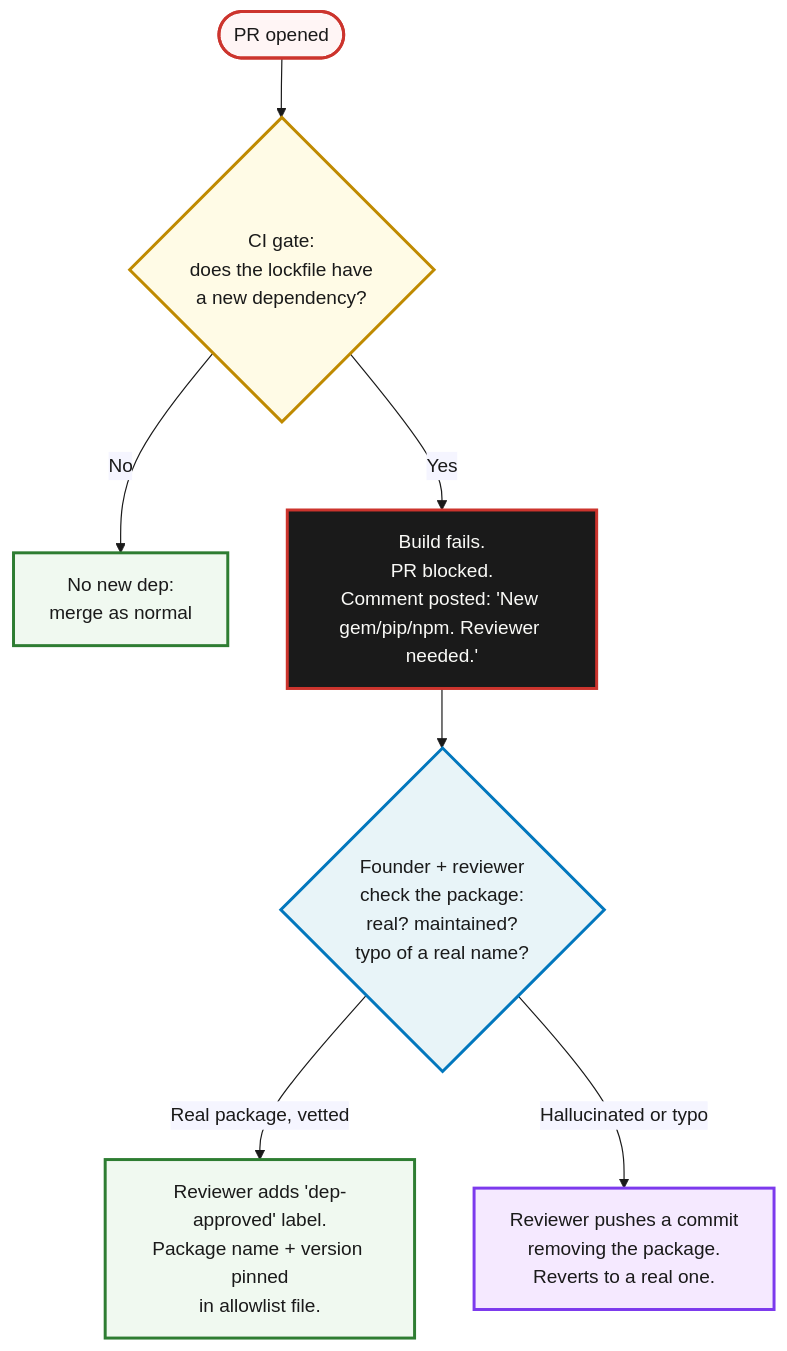
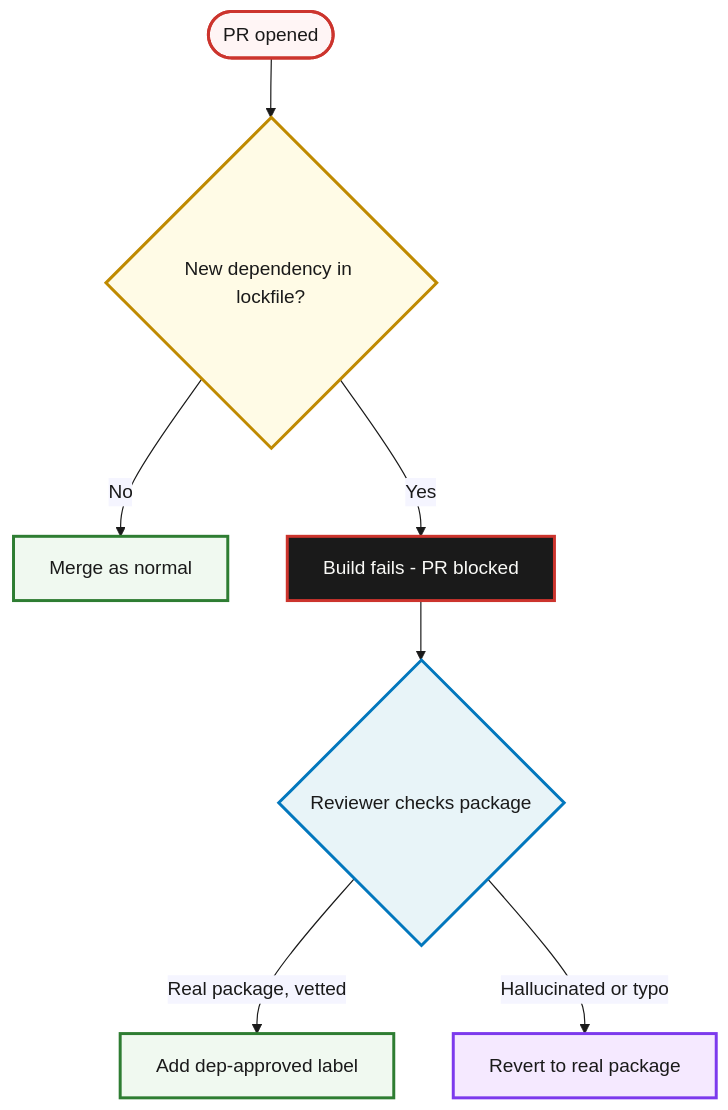
The diagram in content/blog/slopsquatting-ai-supply-chain-attack/index.md (jetthoughts/jetthoughts.github.io), drawn with Mermaid before and after one commit. The commit also changed other lines of this file and 110 other files, not shown here.

````diff
--- a/content/blog/slopsquatting-ai-supply-chain-attack/index.md
+++ b/content/blog/slopsquatting-ai-supply-chain-attack/index.md
@@ -71,33 +74,33 @@
 ```mermaid
 %%{init: {'theme':'base', 'themeVariables': {'fontFamily':'Caveat, Patrick Hand, cursive', 'primaryColor':'#fff5f5', 'primaryBorderColor':'#cc342d', 'lineColor':'#1a1a1a', 'primaryTextColor':'#1a1a1a'}}}%%
 flowchart TD
     PR(["PR opened"])
-    Gate{"CI gate:<br/>does the lockfile have<br/>a new dependency?"}
-    Pass["No new dep:<br/>merge as normal"]
-    Block["Build fails.<br/>PR blocked.<br/>Comment posted: 'New gem/pip/npm. Reviewer needed.'"]
-    Review{"Founder + reviewer<br/>check the package:<br/>real? maintained?<br/>typo of a real name?"}
-    Allowlist["Reviewer adds 'dep-approved' label.<br/>Package name + version pinned<br/>in allowlist file."]
-    Walk["Reviewer pushes a commit<br/>removing the package.<br/>Reverts to a real one."]
+    Gate{"New dependency in lockfile?"}
+    Pass["Merge as normal"]
+    Block["Build fails - PR blocked"]
+    Review{"Reviewer checks package"}
+    Allowlist["Add dep-approved label"]
+    Walk["Revert to real package"]
 
     PR --> Gate
     Gate -- "No" --> Pass
     Gate -- "Yes" --> Block
     Block --> Review
     Review -- "Real package, vetted" --> Allowlist
     Review -- "Hallucinated or typo" --> Walk
 
     classDef pr fill:#fff5f5,stroke:#cc342d,stroke-width:2.5px,color:#1a1a1a
     classDef gate fill:#fffbe6,stroke:#bf8a00,stroke-width:2.5px,color:#1a1a1a
     classDef pass fill:#f0f9f0,stroke:#2e7d32,stroke-width:2.5px,color:#1a1a1a
     classDef block fill:#1a1a1a,stroke:#cc342d,stroke-width:2.5px,color:#fafaf7
     classDef review fill:#e8f4f8,stroke:#0277bd,stroke-width:2.5px,color:#1a1a1a
     classDef allow fill:#f0f9f0,stroke:#2e7d32,stroke-width:2.5px,color:#1a1a1a
     classDef walk fill:#f5e9ff,stroke:#7c3aed,stroke-width:2.5px,color:#1a1a1a
     class PR pr
     class Gate gate
     class Pass pass
     class Block block
     class Review review
     class Allowlist allow
     class Walk walk
 ```
````
